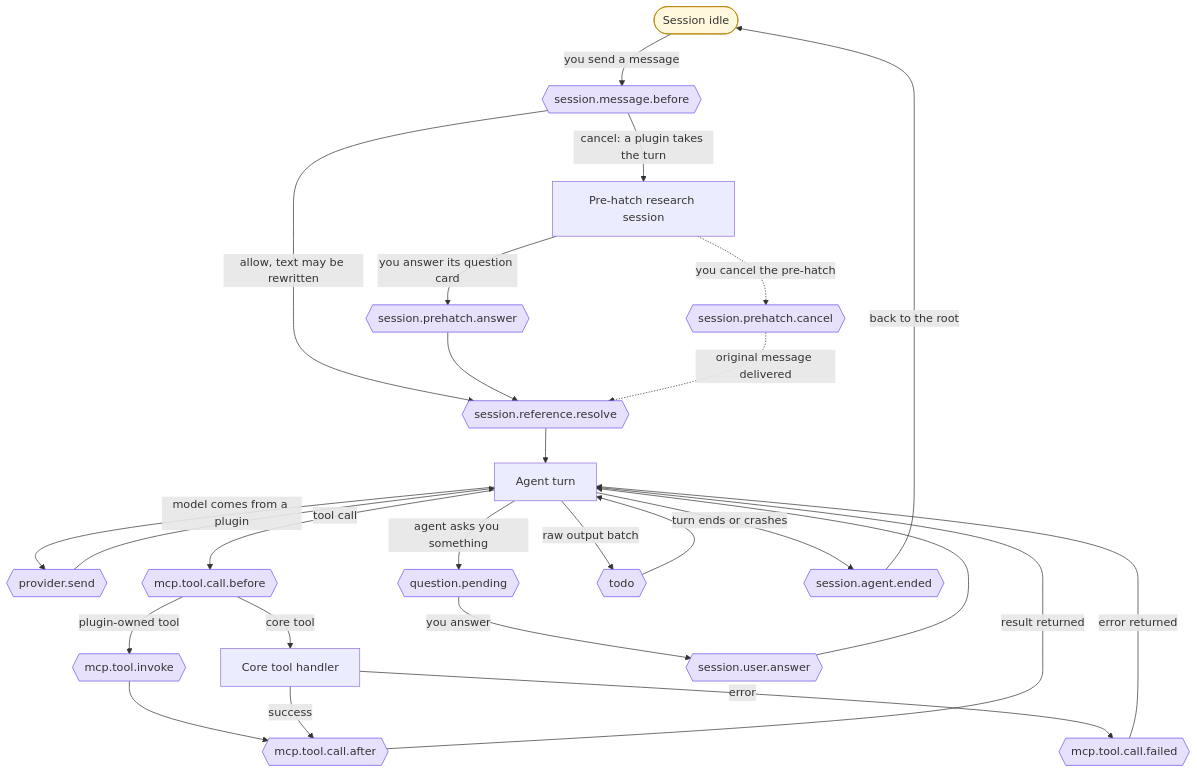
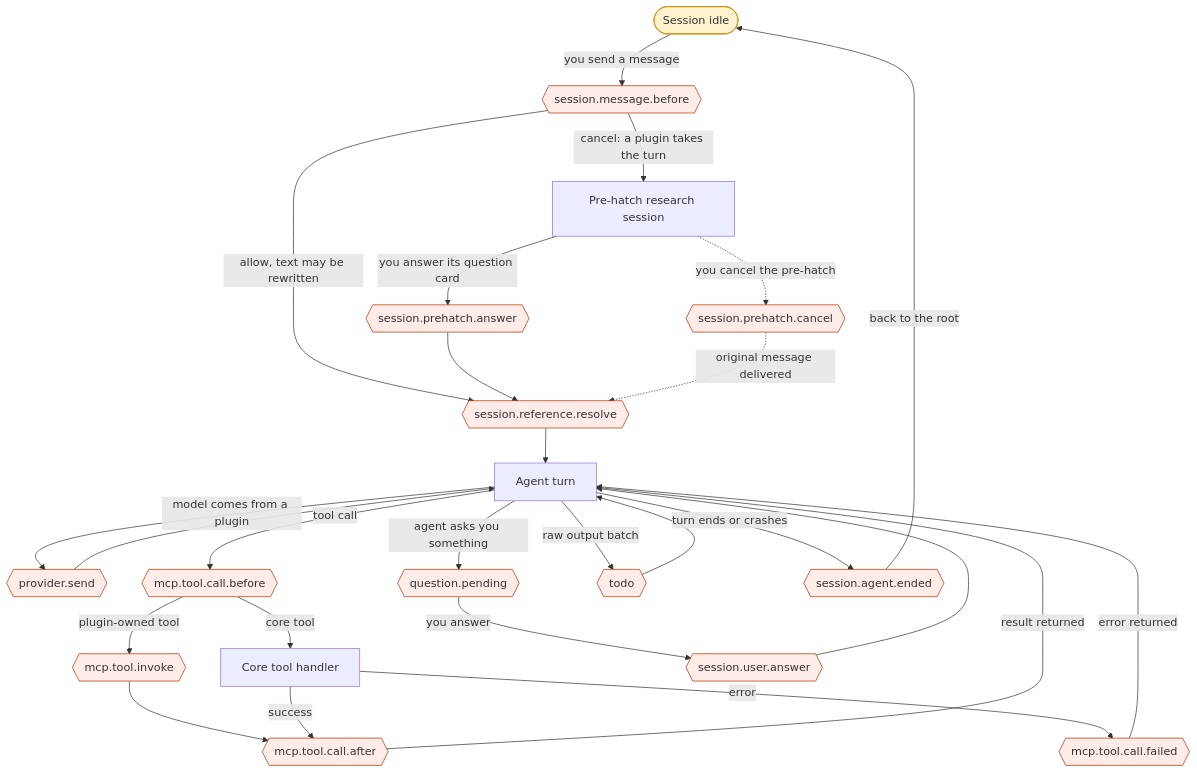
Before and after one commit to PeckBoard/peckboard: the first of 3 diagrams in docs/session-hooks.md, drawn with Mermaid. The commit also changed other lines of this file and 7 other files, not shown here.

````diff
--- a/docs/session-hooks.md
+++ b/docs/session-hooks.md
@@ -17,49 +17,49 @@
 ```mermaid
 graph TD
   IDLE([Session idle]):::root
   MB{{session.message.before}}:::hook
   PH[Pre-hatch research session]
   PHA{{session.prehatch.answer}}:::hook
   PHC{{session.prehatch.cancel}}:::hook
   SRR{{session.reference.resolve}}:::hook
   TURN[Agent turn]
   PS{{provider.send}}:::hook
   TCB{{mcp.tool.call.before}}:::hook
   TI{{mcp.tool.invoke}}:::hook
   CORE[Core tool handler]
   TCA{{mcp.tool.call.after}}:::hook
   TCF{{mcp.tool.call.failed}}:::hook
   QP{{question.pending}}:::hook
   UA{{session.user.answer}}:::hook
   TDO{{todo}}:::hook
   AE{{session.agent.ended}}:::hook
 
   IDLE -->|you send a message| MB
   MB -->|allow, text may be rewritten| SRR
   MB -->|cancel: a plugin takes the turn| PH
   PH -->|you answer its question card| PHA
   PHA --> SRR
   PH -.->|you cancel the pre-hatch| PHC
   PHC -.->|original message delivered| SRR
   SRR --> TURN
   TURN -->|model comes from a plugin| PS
   PS --> TURN
   TURN -->|tool call| TCB
   TCB -->|plugin-owned tool| TI
   TCB -->|core tool| CORE
   TI --> TCA
   CORE -->|success| TCA
   CORE -->|error| TCF
   TCA -->|result returned| TURN
   TCF -->|error returned| TURN
   TURN -->|agent asks you something| QP
   QP -->|you answer| UA
   UA --> TURN
   TURN -->|raw output batch| TDO
   TDO --> TURN
   TURN -->|turn ends or crashes| AE
   AE -->|back to the root| IDLE
 
-  classDef hook fill:#e7e1fb,stroke:#7253ed
-  classDef root fill:#fff8dc,stroke:#b8860b
+  classDef hook fill:#fdece7,stroke:#b93000
+  classDef root fill:#fff3cf,stroke:#c98d00
 ```
````
